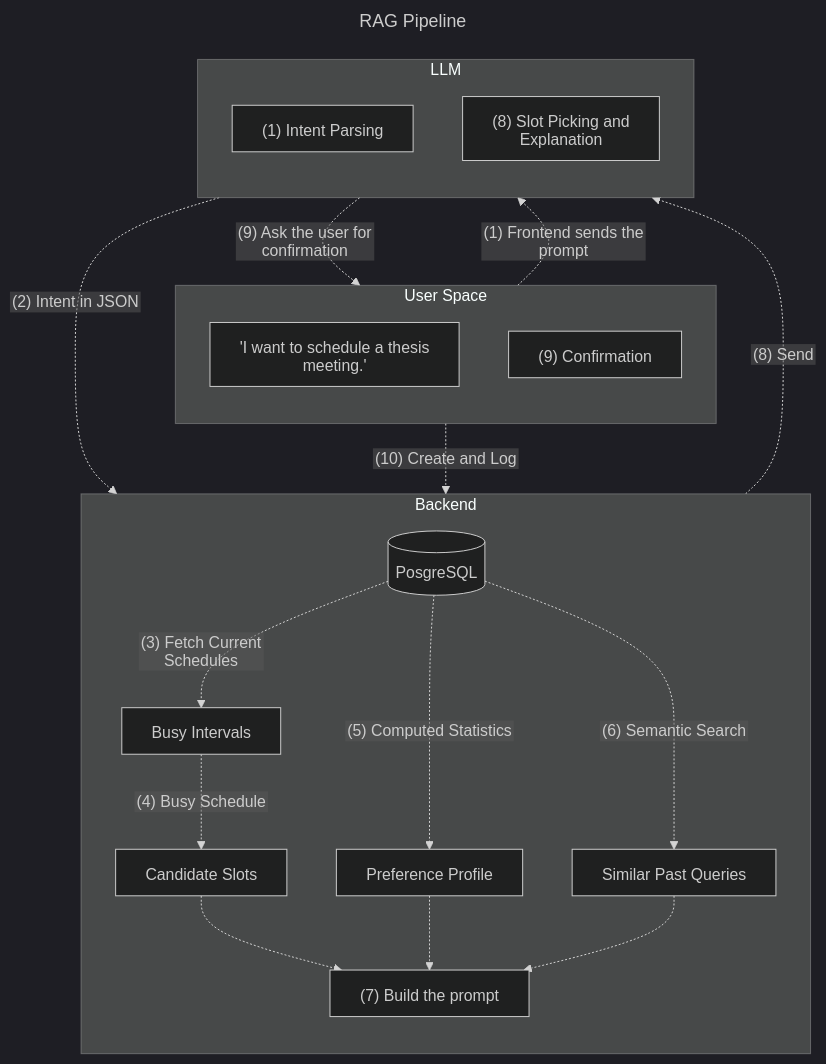
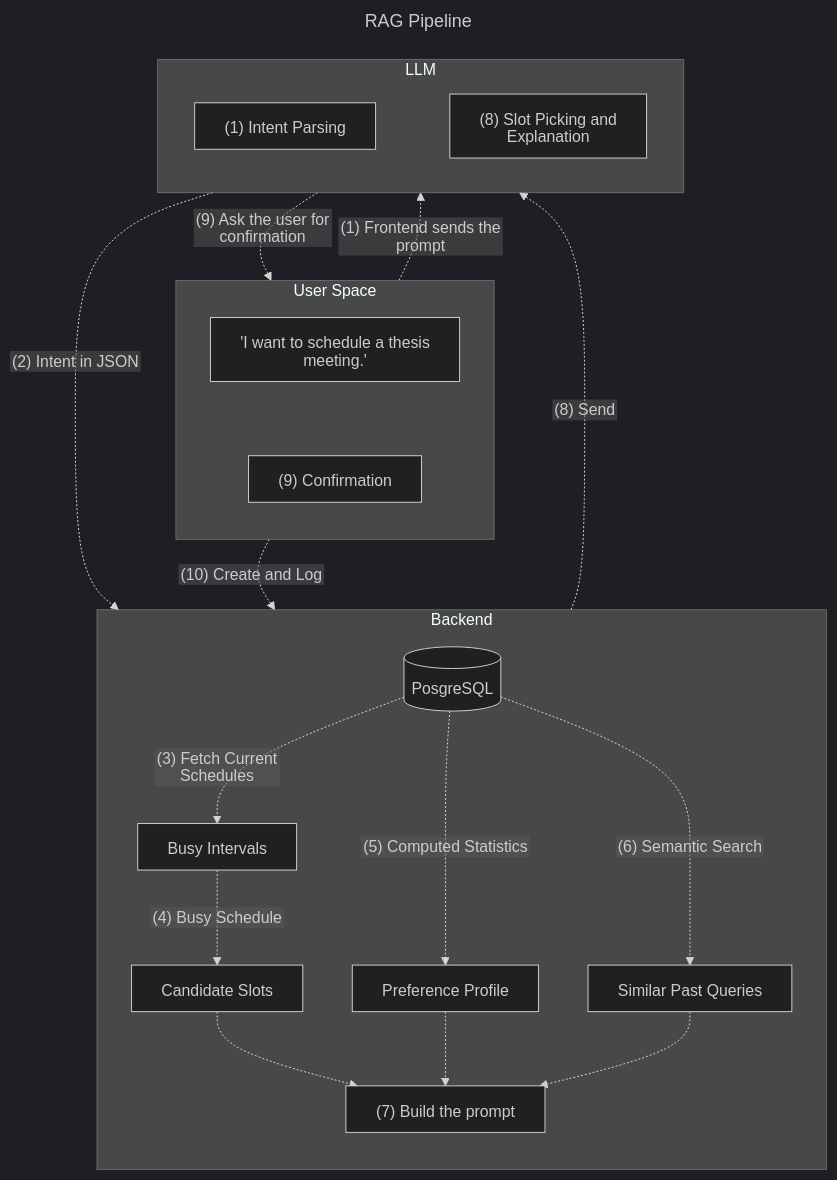
One commit to caineirb/just-schedding changed the diagram in documentations/RAG-Implementation.md. Above: the diagram before and after it, drawn with Mermaid (dark theme). The commit also changed 7 other files, not shown here.

````diff
--- a/documentations/RAG-Implementation.md
+++ b/documentations/RAG-Implementation.md
@@ -3,41 +3,44 @@
 ```mermaid
 ---
 title: RAG Pipeline
 config:
  htmlLabels: false
 ---
 flowchart TB
- subgraph User Space
+ subgraph UserSpace["User Space"]
   direction TB
   Query["`'I want to schedule a thesis meeting.'`"]
   Step7["(9) Confirmation"]
+  Query ~~~ Step7
  end
  
  subgraph Backend
   direction TB
   Step2["Busy Intervals"]
   Step3["Candidate Slots"]
   Step4["Preference Profile"]
   Database[(PosgreSQL)]
   Step5["Similar Past Queries"]
   Prompt["(7) Build the prompt"]
 
   Database -. "(6) Semantic Search" .-> Step5
   Database -. "(5) Computed Statistics" .-> Step4
   Database -. "(3) Fetch Current Schedules" .-> Step2
   Step2 -. "(4) Busy Schedule" .-> Step3
   Step3 & Step4 & Step5 -.-> Prompt
  end
  
  subgraph LLM
-  direction TB
+  direction LR
   Step1["(1) Intent Parsing"]
   Step6["(8) Slot Picking and Explanation"]
+  Step1 ~~~ Step6
  end
  
  Query -. "(1) Frontend sends the prompt" .-> Step1
  Step1 -. "(2) Intent in JSON" .-> Backend
  Prompt -. "(8) Send" .-> Step6
  Step6 -. "(9) Ask the user for confirmation" .-> Step7
  Step7 -. "(10) Create and Log" .-> Database
+ UserSpace ~~~ Backend ~~~ LLM
 ```
````
